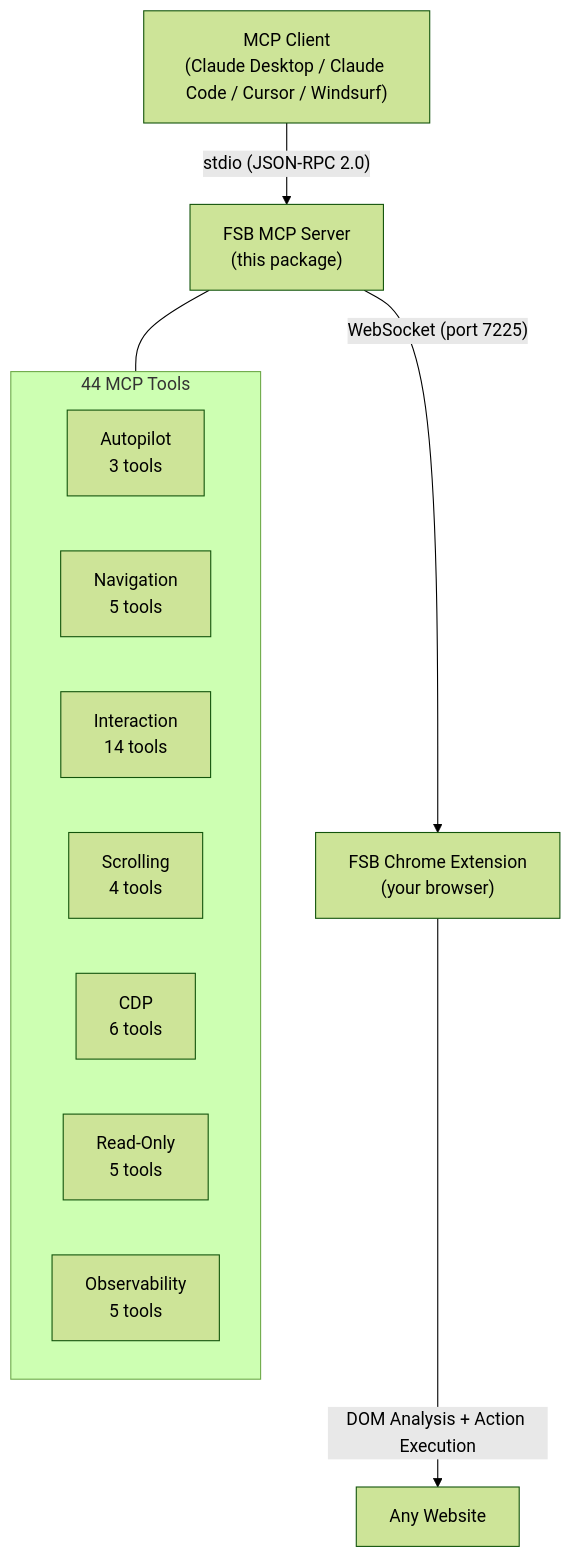
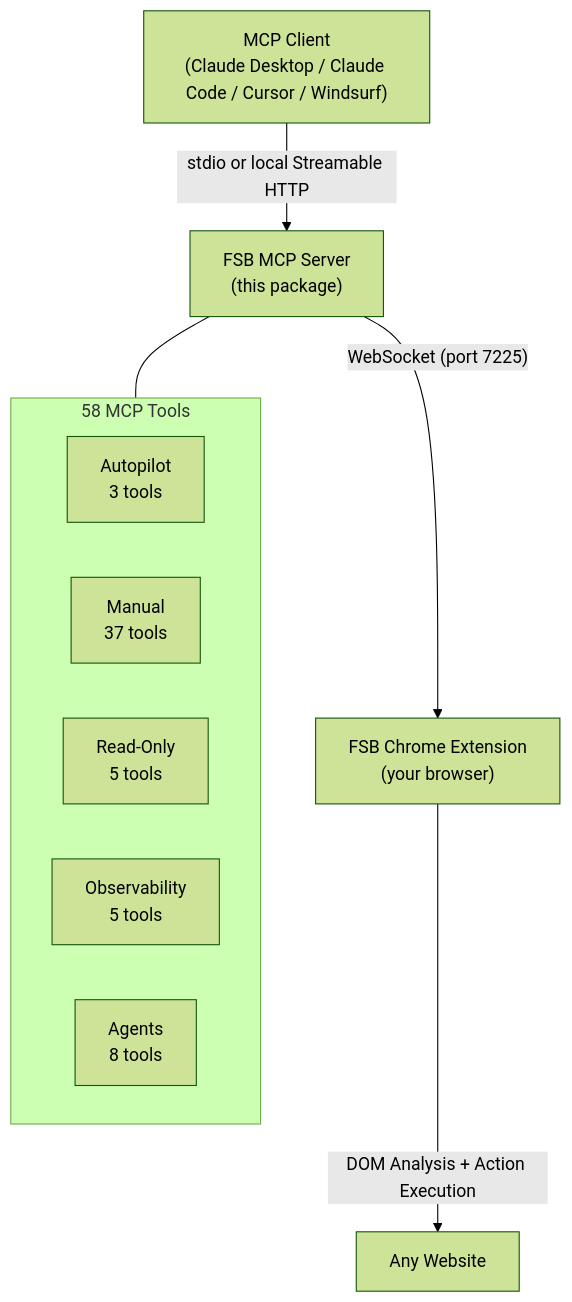
Before and after one commit to LakshmanTurlapati/FSB: the diagram in mcp-server/README.md, drawn with Mermaid (forest theme). The commit also changed other lines of this file and 14 other files, not shown here.

Commit message:
feat(mcp): ship local http transport and release tooling

````diff
--- a/mcp-server/README.md
+++ b/mcp-server/README.md
@@ -200,19 +275,17 @@
 ```mermaid
 graph TD
-    A["MCP Client\n(Claude Desktop / Claude Code / Cursor / Windsurf)"] -->|"stdio (JSON-RPC 2.0)"| B["FSB MCP Server\n(this package)"]
+    A["MCP Client\n(Claude Desktop / Claude Code / Cursor / Windsurf)"] -->|"stdio or local Streamable HTTP"| B["FSB MCP Server\n(this package)"]
     B -->|"WebSocket (port 7225)"| C["FSB Chrome Extension\n(your browser)"]
     C -->|"DOM Analysis + Action Execution"| D["Any Website"]
 
-    subgraph tools ["44 MCP Tools"]
+    subgraph tools ["58 MCP Tools"]
         direction LR
         T1["Autopilot\n3 tools"]
-        T2["Navigation\n5 tools"]
-        T3["Interaction\n14 tools"]
-        T4["Scrolling\n4 tools"]
-        T5["CDP\n6 tools"]
+        T2["Manual\n37 tools"]
         T6["Read-Only\n5 tools"]
         T7["Observability\n5 tools"]
+        T8["Agents\n8 tools"]
     end
 
     B --- tools
 ```
````
